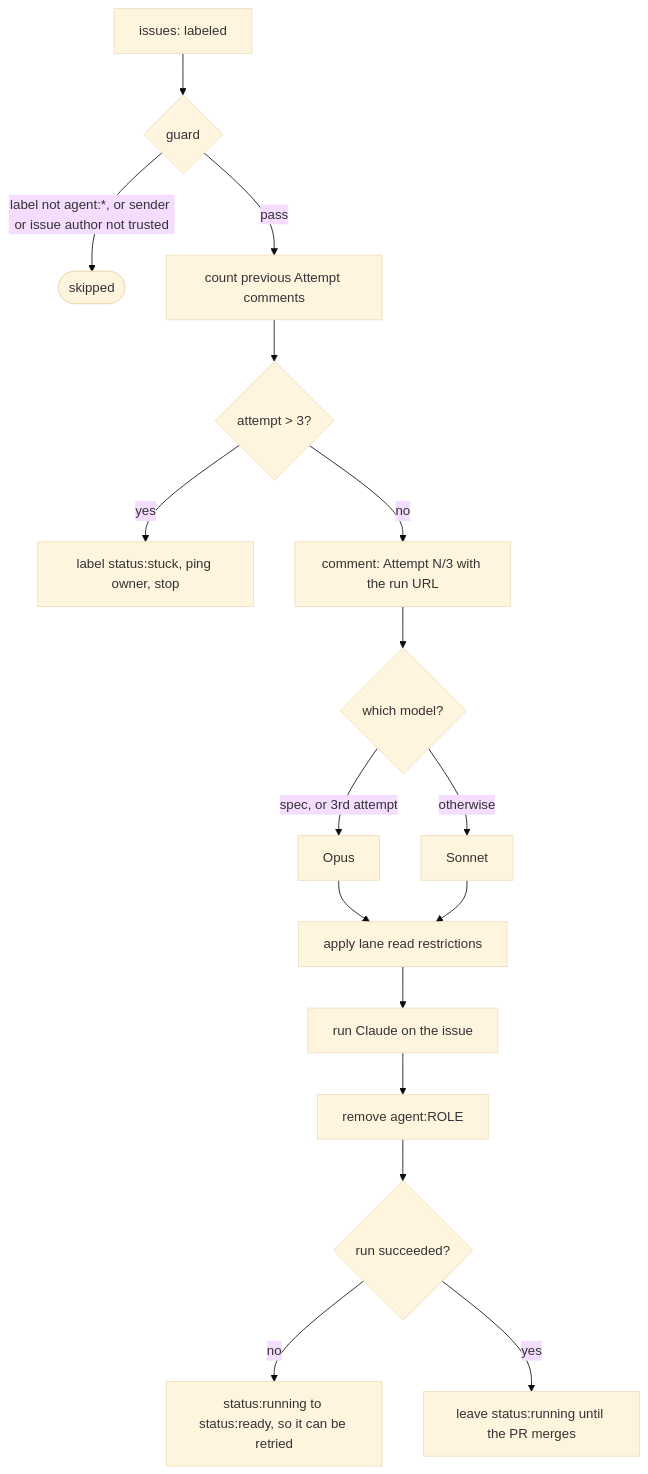
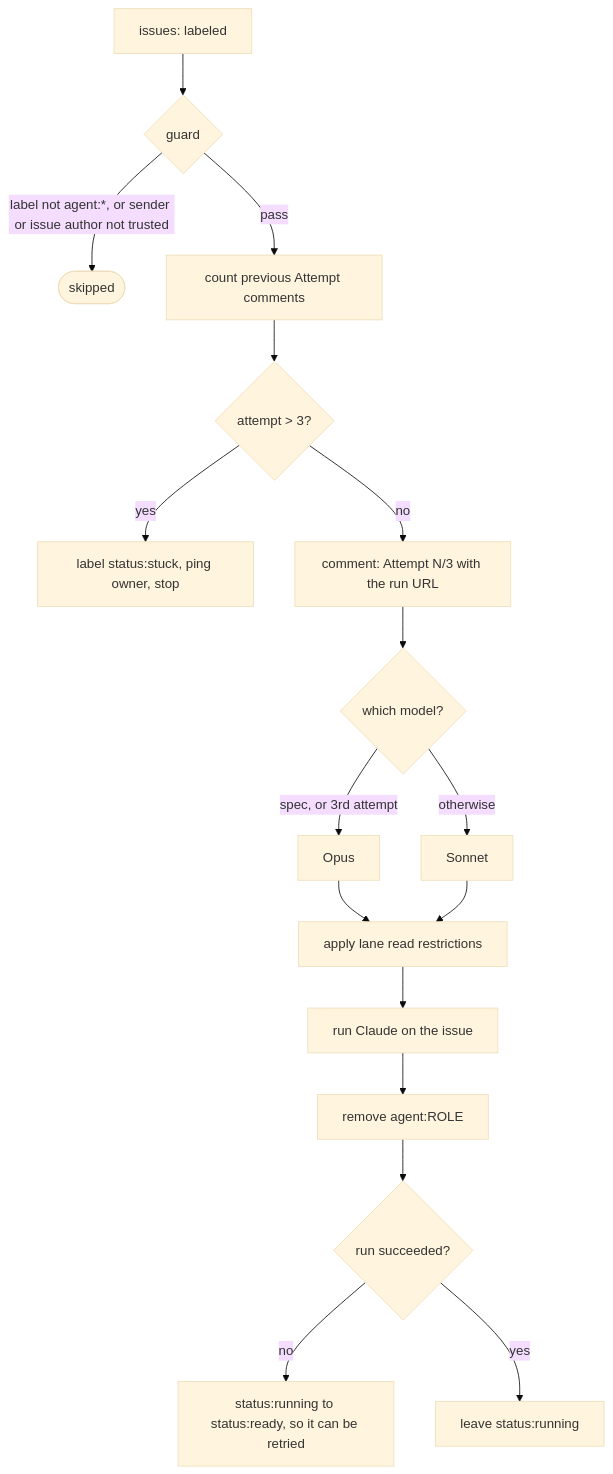
The fourth of 7 diagrams in agents/README.md (rechefe/golem), drawn with Mermaid (base theme) before and after one commit. The commit also changed other lines of this file, not shown here.

````diff
--- a/agents/README.md
+++ b/agents/README.md
@@ -117,19 +124,19 @@
 ```mermaid
 flowchart TD
     trig["issues: labeled"] --> guard{"guard"}
     guard -->|"label not agent:*, or sender or issue author not trusted"| skip(["skipped"])
     guard -->|pass| count["count previous Attempt comments"]
     count --> n{"attempt > 3?"}
     n -->|yes| stuck["label status:stuck, ping owner, stop"]
     n -->|no| post["comment: Attempt N/3 with the run URL"]
     post --> model{"which model?"}
     model -->|"spec, or 3rd attempt"| opus["Opus"]
     model -->|otherwise| sonnet["Sonnet"]
     opus --> tools
     sonnet --> tools
     tools["apply lane read restrictions"] --> run["run Claude on the issue"]
     run --> cleanup["remove agent:ROLE"]
     cleanup --> ok{"run succeeded?"}
     ok -->|no| back["status:running to status:ready, so it can be retried"]
-    ok -->|yes| stay["leave status:running until the PR merges"]
+    ok -->|yes| stay["leave status:running"]
 ```
````
